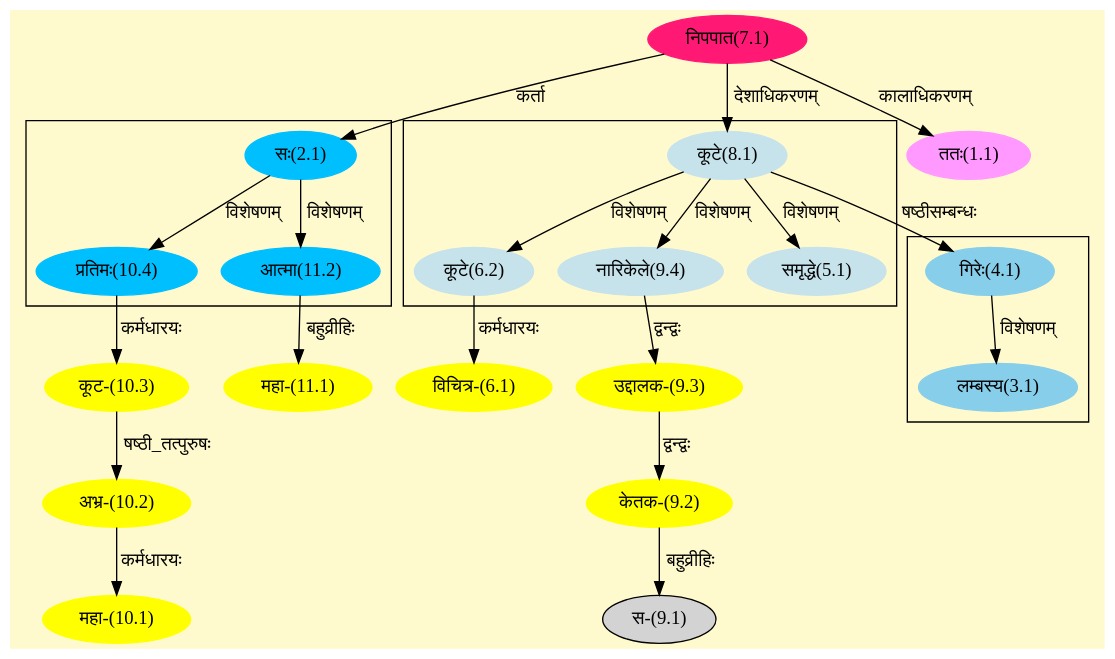
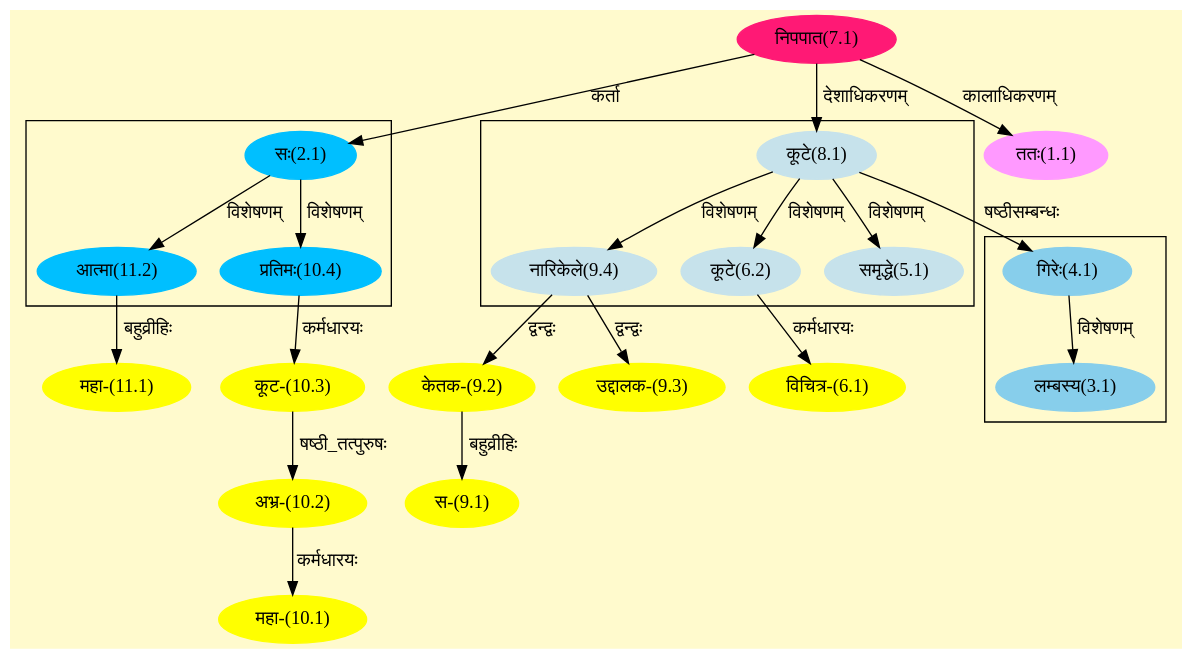
Before and after one commit to amarranjan1/skd.github.io: the diagram in assets/graphs/01_200_1.dot, drawn with Graphviz. The commit also changed 258 other files, not shown here.

```diff
--- a/assets/graphs/01_200_1.dot
+++ b/assets/graphs/01_200_1.dot
@@ -1,64 +1,64 @@
 digraph G{
 rankdir=BT;
  compound=true;
  bgcolor="lemonchiffon1";
 
 subgraph cluster_1{
 Node3_1 [style=filled, color="#87CEEB" label = "लम्बस्य(3.1)"]
 Node4_1 [style=filled, color="#87CEEB" label = "गिरेः(4.1)"]
 
 }
 
 subgraph cluster_2{
 Node5_1 [style=filled, color="#C6E2EB" label = "समृद्धे(5.1)"]
 Node8_1 [style=filled, color="#C6E2EB" label = "कूटे(8.1)"]
 Node6_2 [style=filled, color="#C6E2EB" label = "कूटे(6.2)"]
 Node9_4 [style=filled, color="#C6E2EB" label = "नारिकेले(9.4)"]
 
 }
 
 subgraph cluster_3{
 Node10_4 [style=filled, color="#00BFFF" label = "प्रतिमः(10.4)"]
 Node2_1 [style=filled, color="#00BFFF" label = "सः(2.1)"]
 Node11_2 [style=filled, color="#00BFFF" label = "आत्मा(11.2)"]
 
 }
 Node1_1 [style=filled, color="#FF99FF" label = "ततः(1.1)"]
 Node7_1 [style=filled, color="#FF1975" label = "निपपात(7.1)"]
 Node2_1 [style=filled, color="#00BFFF" label = "सः(2.1)"]
 Node4_1 [style=filled, color="#87CEEB" label = "गिरेः(4.1)"]
 Node8_1 [style=filled, color="#C6E2EB" label = "कूटे(8.1)"]
 Node6_1 [style=filled, color="#FFFF00" label = "विचित्र-(6.1)"]
 Node6_2 [style=filled, color="#C6E2EB" label = "कूटे(6.2)"]
 Node [style=filled, color="" label = "()"]
-Node9_1 [style=filled, color="" label = "स-(9.1)"]
+Node9_1 [style=filled, color="#FFFF00" label = "स-(9.1)"]
 Node9_2 [style=filled, color="#FFFF00" label = "केतक-(9.2)"]
+Node9_4 [style=filled, color="#C6E2EB" label = "नारिकेले(9.4)"]
 Node9_3 [style=filled, color="#FFFF00" label = "उद्दालक-(9.3)"]
-Node9_4 [style=filled, color="#C6E2EB" label = "नारिकेले(9.4)"]
 Node10_1 [style=filled, color="#FFFF00" label = "महा-(10.1)"]
 Node10_2 [style=filled, color="#FFFF00" label = "अभ्र-(10.2)"]
 Node10_3 [style=filled, color="#FFFF00" label = "कूट-(10.3)"]
 Node10_4 [style=filled, color="#00BFFF" label = "प्रतिमः(10.4)"]
 Node11_1 [style=filled, color="#FFFF00" label = "महा-(11.1)"]
 Node11_2 [style=filled, color="#00BFFF" label = "आत्मा(11.2)"]
 /* Start of Relations section */
 
 Node1_1 -> Node7_1 [  label="कालाधिकरणम्"  dir="back" ]
 Node2_1 -> Node7_1 [  label="कर्ता"  dir="back" ]
 Node3_1 -> Node4_1 [  label="विशेषणम्"  dir="back" ]
 Node4_1 -> Node8_1 [  label="षष्ठीसम्बन्धः"  dir="back" ]
 Node5_1 -> Node8_1 [  label="विशेषणम्"  dir="back" ]
 Node6_1 -> Node6_2 [  label="कर्मधारयः"  dir="back" ]
 Node6_2 -> Node8_1 [  label="विशेषणम्"  dir="back" ]
 Node8_1 -> Node7_1 [  label="देशाधिकरणम्"  dir="back" ]
 Node9_1 -> Node9_2 [  label="बहुव्रीहिः"  dir="back" ]
-Node9_2 -> Node9_3 [  label="द्वन्द्वः"  dir="back" ]
+Node9_2 -> Node9_4 [  label="द्वन्द्वः"  dir="back" ]
 Node9_3 -> Node9_4 [  label="द्वन्द्वः"  dir="back" ]
 Node9_4 -> Node8_1 [  label="विशेषणम्"  dir="back" ]
 Node10_1 -> Node10_2 [  label="कर्मधारयः"  dir="back" ]
 Node10_2 -> Node10_3 [  label="षष्ठी_तत्पुरुषः"  dir="back" ]
 Node10_3 -> Node10_4 [  label="कर्मधारयः"  dir="back" ]
 Node10_4 -> Node2_1 [  label="विशेषणम्"  dir="back" ]
 Node11_1 -> Node11_2 [  label="बहुव्रीहिः"  dir="back" ]
 Node11_2 -> Node2_1 [  label="विशेषणम्"  dir="back" ]
 }
```
